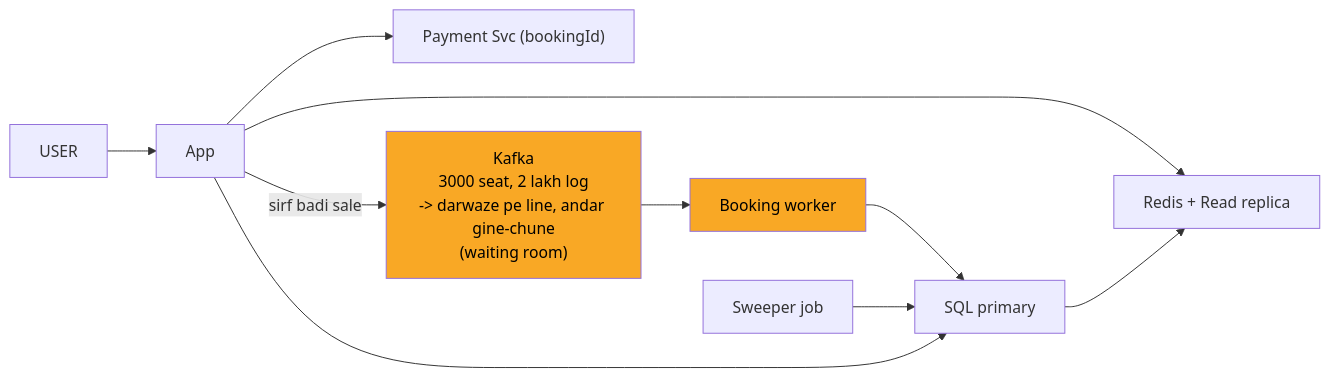
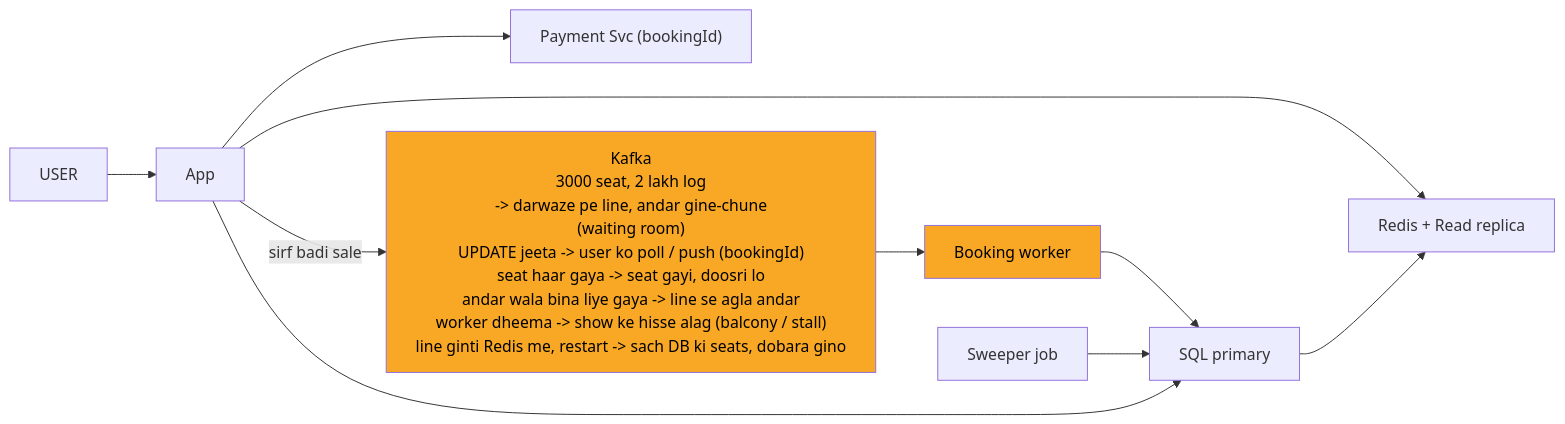
The sixth of 9 diagrams in 04_HLD/SYSTEM_DESIGNS/09_bookmyshow/09_bookmyshow_INTERVIEW.md (ArpanMaheshwari144/Prep), drawn with Mermaid before and after one commit. The commit also changed other lines of this file and 12 other files, not shown here.

Commit message:
hld 02-14: peele dabbe me SAFAR ke mod + diagram chauda (wrappingWidth 450)

````diff
--- a/04_HLD/SYSTEM_DESIGNS/09_bookmyshow/09_bookmyshow_INTERVIEW.md
+++ b/04_HLD/SYSTEM_DESIGNS/09_bookmyshow/09_bookmyshow_INTERVIEW.md
@@ -216,22 +221,23 @@
 ```mermaid
+%%{init: {"flowchart": {"wrappingWidth": 450}}}%%
 flowchart LR
     n_USER["USER"]
     n_App["App"]
     n_Payment_Svc["Payment Svc (bookingId)"]
     n_RRR["Redis + Read replica"]
-    n_Kafka["Kafka<br/>3000 seat, 2 lakh log<br/>-> darwaze pe line, andar gine-chune<br/>(waiting room)"]
+    n_Kafka["Kafka<br/>3000 seat, 2 lakh log<br/>-> darwaze pe line, andar gine-chune<br/>(waiting room)<br/>UPDATE jeeta -> user ko poll / push (bookingId)<br/>seat haar gaya -> seat gayi, doosri lo<br/>andar wala bina liye gaya -> line se agla andar<br/>worker dheema -> show ke hisse alag (balcony / stall)<br/>line ginti Redis me, restart -> sach DB ki seats, dobara gino"]
     n_Booking_worker["Booking worker"]
     n_SQL_primary["SQL primary"]
     n_Sweeper_job["Sweeper job"]
     n_USER --> n_App
     n_App --> n_Payment_Svc
     n_App --> n_RRR
     n_App -->|sirf badi sale| n_Kafka
     n_Kafka --> n_Booking_worker
     n_Booking_worker --> n_SQL_primary
     n_Sweeper_job --> n_SQL_primary
     n_App --> n_SQL_primary
     n_SQL_primary --> n_RRR
     style n_Kafka fill:#f9a825,color:#000
     style n_Booking_worker fill:#f9a825,color:#000
 ```
````
